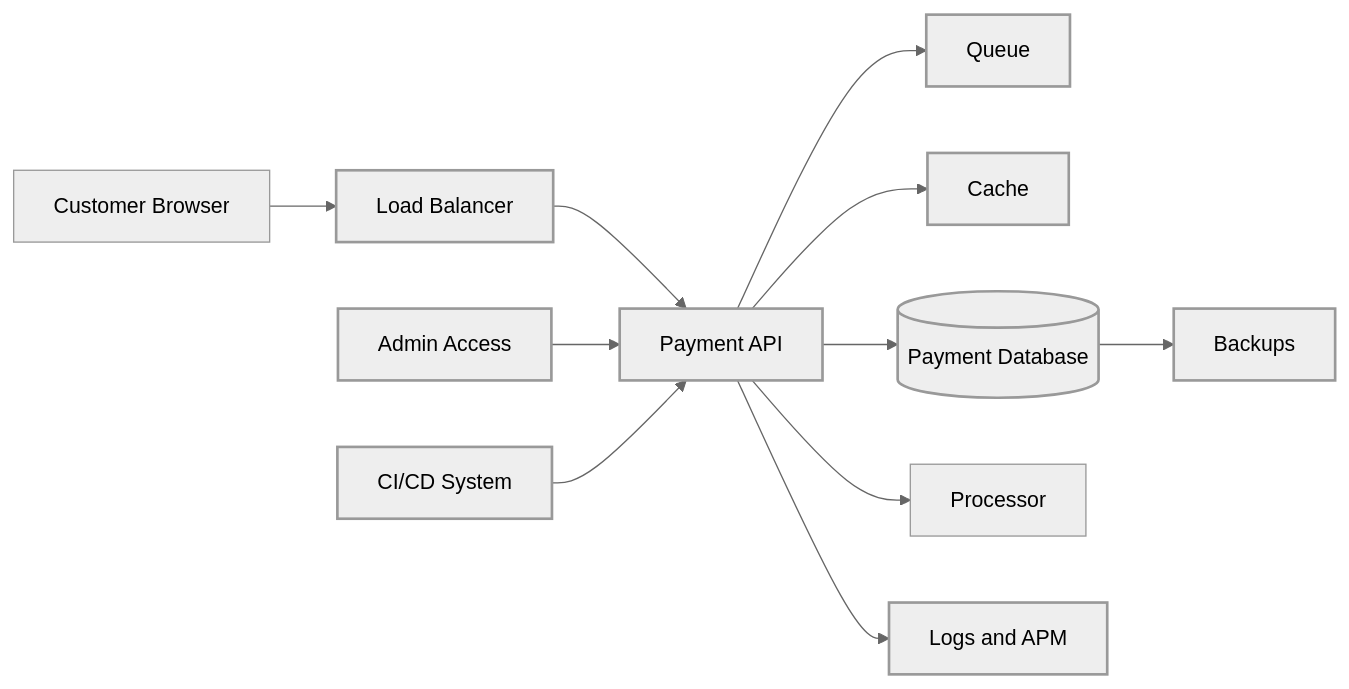
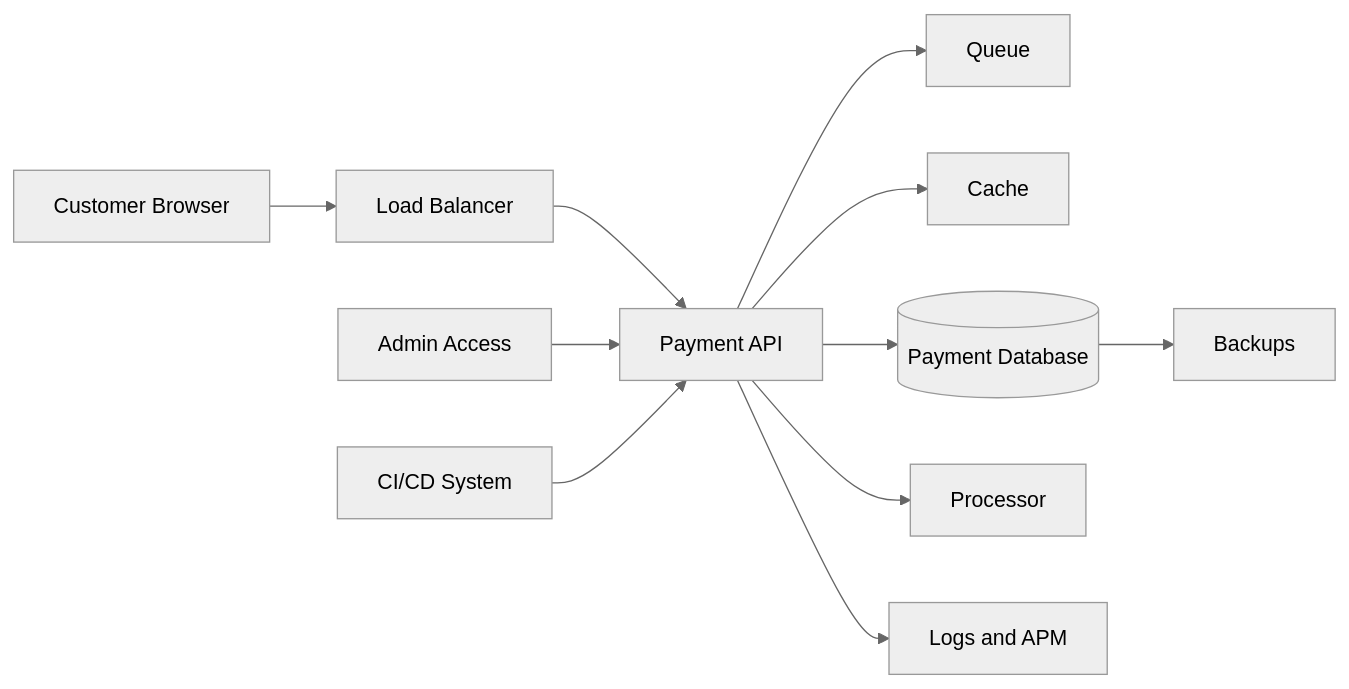
One commit to AvadhBhalodiya/Interview-Preparation changed the third of 9 diagrams in src/content/payments/pci-dss-basics.md. Above: the diagram before and after it, drawn with Mermaid (neutral theme). The commit also changed other lines of this file and 113 other files, not shown here.

````diff
--- a/src/content/payments/pci-dss-basics.md
+++ b/src/content/payments/pci-dss-basics.md
@@ -152,17 +193,14 @@
 ```mermaid
 flowchart LR
     U[Customer Browser] --> LB[Load Balancer]
     LB --> API[Payment API]
     API --> Q[Queue]
     API --> C[Cache]
     API --> DB[(Payment Database)]
     API --> PSP[Processor]
 
     API --> LOG[Logs and APM]
     DB --> BKP[Backups]
     ADM[Admin Access] --> API
     CICD[CI/CD System] --> API
-
-    classDef scope stroke-width:2px;
-    class LB,API,Q,C,DB,LOG,BKP,ADM,CICD scope;
 ```
````
